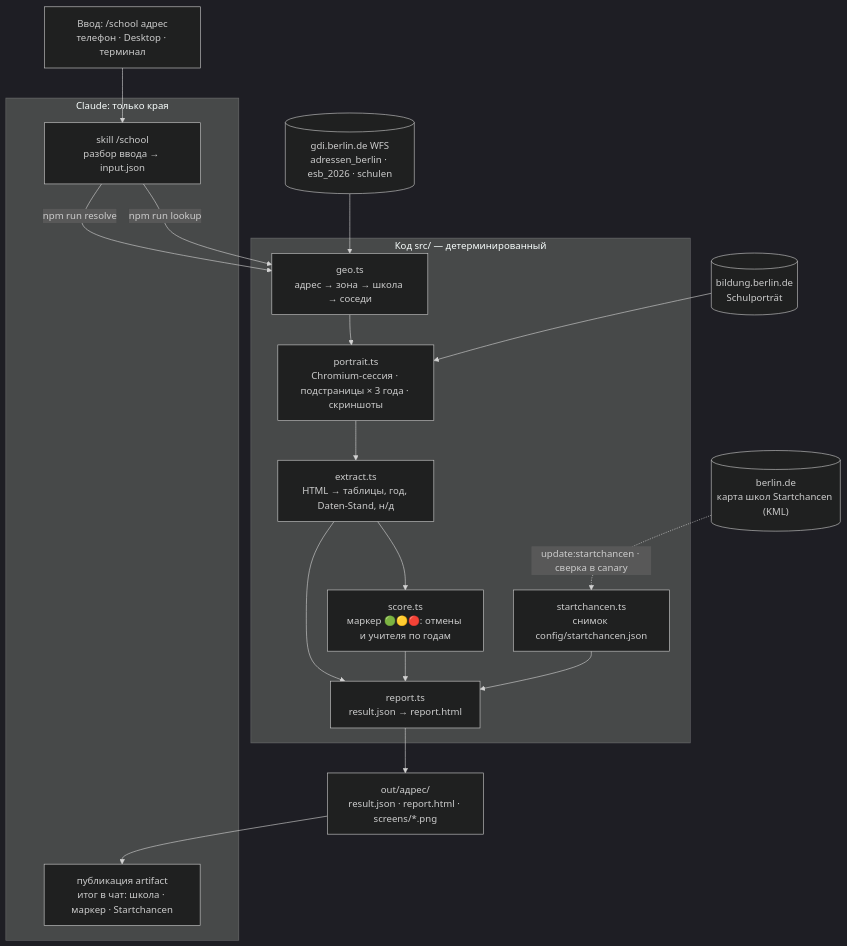
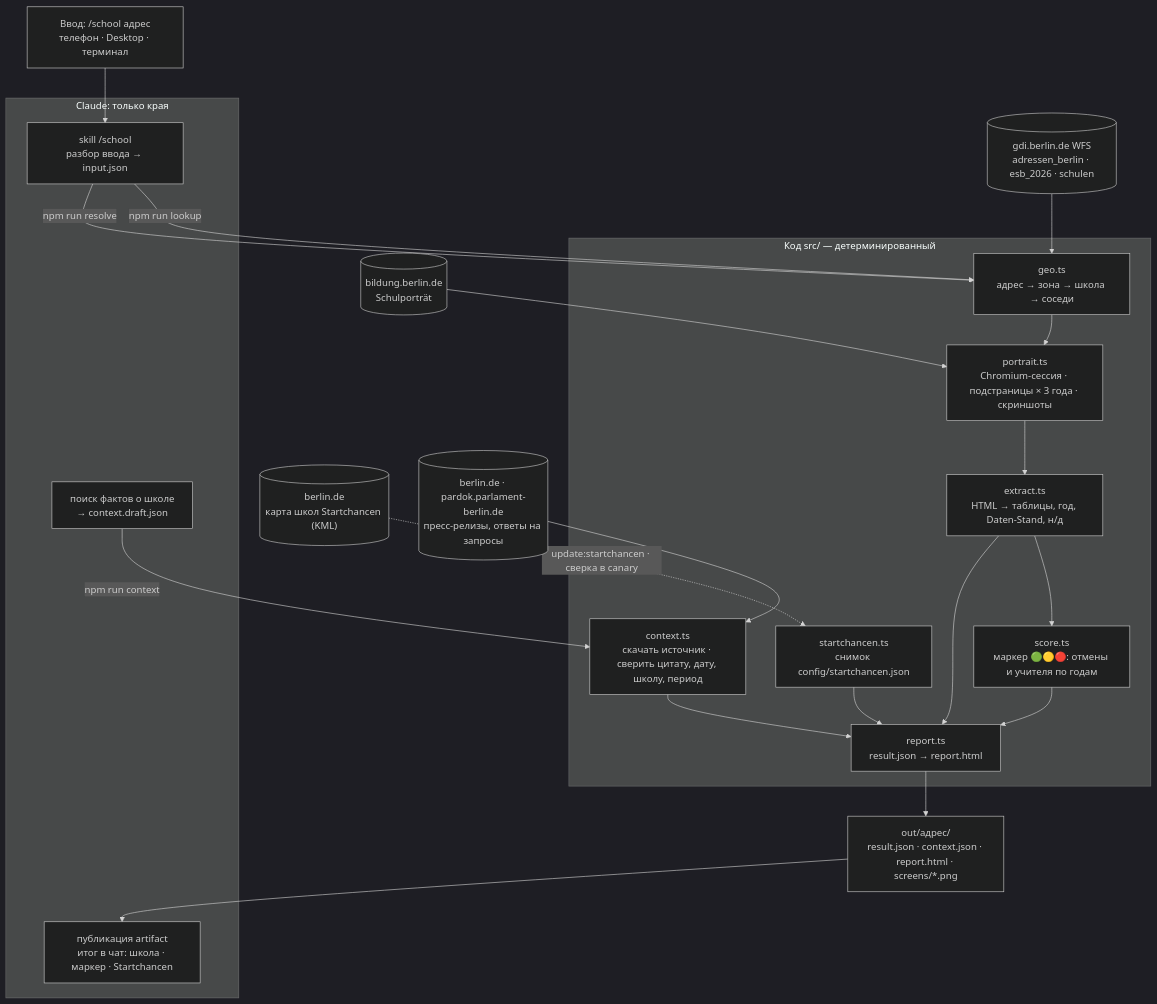
One commit to maksimTrs/berlin-school-researcher changed the diagram in README.md. Above: the diagram before and after it, drawn with Mermaid (dark theme). The commit also changed other lines of this file and 13 other files, not shown here.

````diff
--- a/README.md
+++ b/README.md
@@ -87,31 +87,37 @@
 ```mermaid
 flowchart TD
     U["Ввод: /school адрес<br/>телефон · Desktop · терминал"] --> S
 
     subgraph H["Claude: только края"]
         S["skill /school<br/>разбор ввода → input.json"]
+        F["поиск фактов о школе<br/>→ context.draft.json"]
         P["публикация artifact<br/>итог в чат: школа · маркер · Startchancen"]
     end
 
     S -->|"npm run resolve"| G
     S -->|"npm run lookup"| G
+    F -->|"npm run context"| CX
 
     subgraph C["Код src/ — детерминированный"]
         G["geo.ts<br/>адрес → зона → школа → соседи"]
         PT["portrait.ts<br/>Chromium-сессия · подстраницы × 3 года · скриншоты"]
         E["extract.ts<br/>HTML → таблицы, год, Daten-Stand, н/д"]
         SC["score.ts<br/>маркер 🟢🟡🔴: отмены и учителя по годам"]
         SN["startchancen.ts<br/>снимок config/startchancen.json"]
+        CX["context.ts<br/>скачать источник · сверить цитату, дату, школу, период"]
         R["report.ts<br/>result.json → report.html"]
         G --> PT --> E --> R
         E --> SC --> R
         SN --> R
+        CX --> R
     end
 
     W[("gdi.berlin.de WFS<br/>adressen_berlin · esb_2026 · schulen")] --> G
     B[("bildung.berlin.de<br/>Schulporträt")] --> PT
     M[("berlin.de<br/>карта школ Startchancen (KML)")] -.->|"update:startchancen · сверка в canary"| SN
 
-    R --> O["out/адрес/<br/>result.json · report.html · screens/*.png"]
+    D[("berlin.de · pardok.parlament-berlin.de<br/>пресс-релизы, ответы на запросы")] --> CX
+
+    R --> O["out/адрес/<br/>result.json · context.json · report.html · screens/*.png"]
     O --> P
 ```
````
